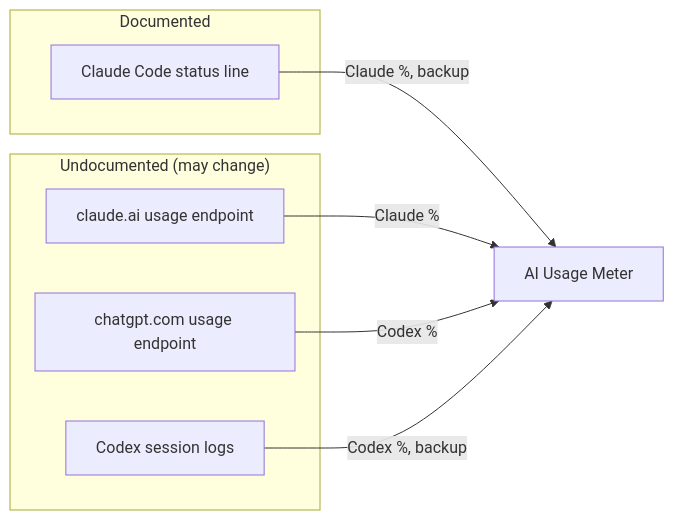
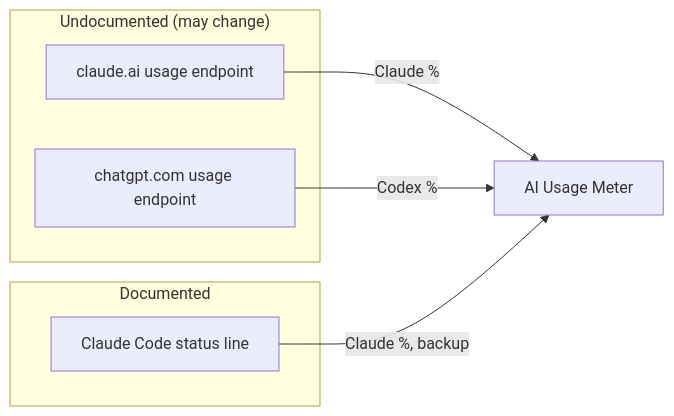
One commit to PrajwalSR/ai_usage_meter changed the diagram in docs/DATA-SOURCES.md. Above: the diagram before and after it, drawn with Mermaid. The commit also changed other lines of this file and 24 other files, not shown here.

First line of the commit message:
Read ChatGPT usage only from chatgpt.com; stop reading Codex logs

````diff
--- a/docs/DATA-SOURCES.md
+++ b/docs/DATA-SOURCES.md
@@ -7,15 +7,13 @@
 ```mermaid
 flowchart LR
     subgraph Documented
         SL["Claude Code status line"]
     end
     subgraph Undocumented["Undocumented (may change)"]
         CW["claude.ai usage endpoint"]
         GW["chatgpt.com usage endpoint"]
-        CXL["Codex session logs"]
     end
     CW -->|"Claude %"| M["AI Usage Meter"]
     SL -->|"Claude %, backup"| M
     GW -->|"Codex %"| M
-    CXL -->|"Codex %, backup"| M
 ```
````
